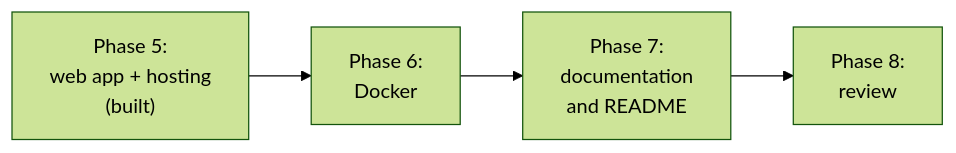
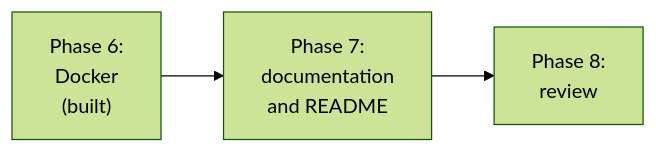
Before and after one commit to jconnors23/510-m3-nfl-prediction-analytics: the diagram in docs/implementation/remaining-phases.md, drawn with Mermaid (forest theme). The commit also changed other lines of this file and 23 other files, not shown here.

````diff
--- a/docs/implementation/remaining-phases.md
+++ b/docs/implementation/remaining-phases.md
@@ -12,6 +12,5 @@
 ```mermaid
 flowchart LR
-    C["Phase 5:<br/>web app + hosting<br/>(built)"] --> D["Phase 6:<br/>Docker"]
-    D --> E["Phase 7:<br/>documentation<br/>and README"]
+    D["Phase 6:<br/>Docker<br/>(built)"] --> E["Phase 7:<br/>documentation<br/>and README"]
     E --> F["Phase 8:<br/>review"]
 ```
````
